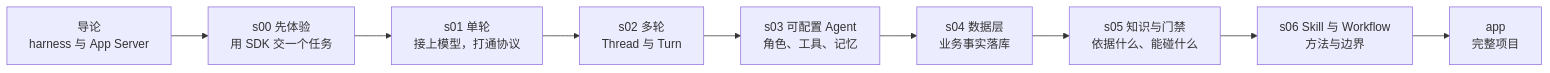
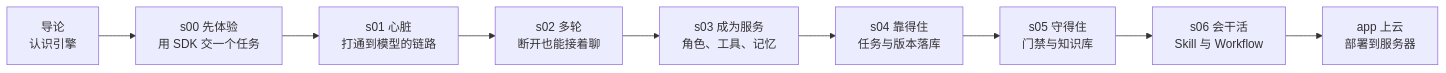
Before and after one commit to pengcong2020520/learn-codex-harness: the diagram in stages/introduction.md, drawn with Mermaid. The commit also changed other lines of this file and 9 other files, not shown here.

````diff
--- a/stages/introduction.md
+++ b/stages/introduction.md
@@ -181,11 +217,11 @@
 ```mermaid
 flowchart LR
-  intro["导论<br/>harness 与 App Server"] --> s00["s00 先体验<br/>用 SDK 交一个任务"]
-  s00 --> s01["s01 单轮<br/>接上模型，打通协议"]
-  s01 --> s02["s02 多轮<br/>Thread 与 Turn"]
-  s02 --> s03["s03 可配置 Agent<br/>角色、工具、记忆"]
-  s03 --> s04["s04 数据层<br/>业务事实落库"]
-  s04 --> s05["s05 知识与门禁<br/>依据什么、能碰什么"]
-  s05 --> s06["s06 Skill 与 Workflow<br/>方法与边界"]
-  s06 --> app["app<br/>完整项目"]
+  intro["导论<br/>认识引擎"] --> s00["s00 先体验<br/>用 SDK 交一个任务"]
+  s00 --> s01["s01 心脏<br/>打通到模型的链路"]
+  s01 --> s02["s02 多轮<br/>断开也能接着聊"]
+  s02 --> s03["s03 成为服务<br/>角色、工具、记忆"]
+  s03 --> s04["s04 靠得住<br/>任务与版本落库"]
+  s04 --> s05["s05 守得住<br/>门禁与知识库"]
+  s05 --> s06["s06 会干活<br/>Skill 与 Workflow"]
+  s06 --> app["app 上云<br/>部署到服务器"]
 ```
````
